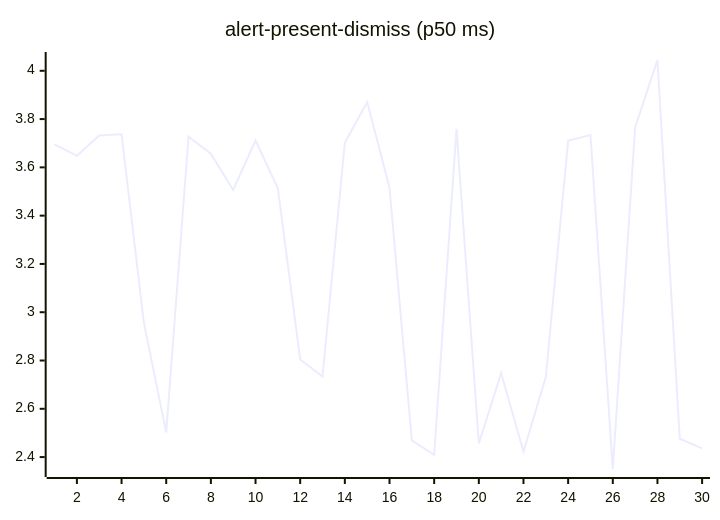
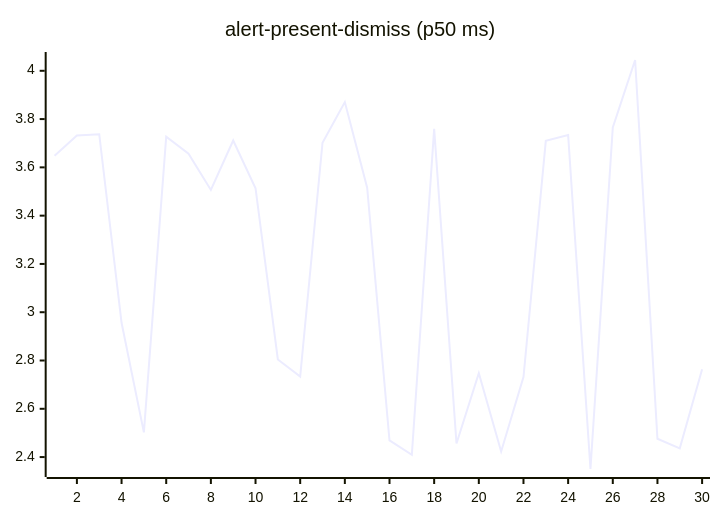
One commit to josha/Facet changed the second of 27 diagrams in README.md. Above: the diagram before and after it, drawn with Mermaid. The commit also changed other lines of this file and 2 other files, not shown here.

````diff
--- a/README.md
+++ b/README.md
@@ -70,6 +70,6 @@
 ```mermaid
 xychart-beta
     title "alert-present-dismiss (p50 ms)"
     x-axis 1 --> 30
-    line [3.6955, 3.6480, 3.7318, 3.7373, 2.9562, 2.5024, 3.7273, 3.6562, 3.5064, 3.7112, 3.5136, 2.8044, 2.7337, 3.7022, 3.8703, 3.5157, 2.4688, 2.4093, 3.7592, 2.4564, 2.7475, 2.4232, 2.7312, 3.7096, 3.7340, 2.3506, 3.7650, 4.0447, 2.4759, 2.4363]
+    line [3.6480, 3.7318, 3.7373, 2.9562, 2.5024, 3.7273, 3.6562, 3.5064, 3.7112, 3.5136, 2.8044, 2.7337, 3.7022, 3.8703, 3.5157, 2.4688, 2.4093, 3.7592, 2.4564, 2.7475, 2.4232, 2.7312, 3.7096, 3.7340, 2.3506, 3.7650, 4.0447, 2.4759, 2.4363, 2.7635]
 ```
````
